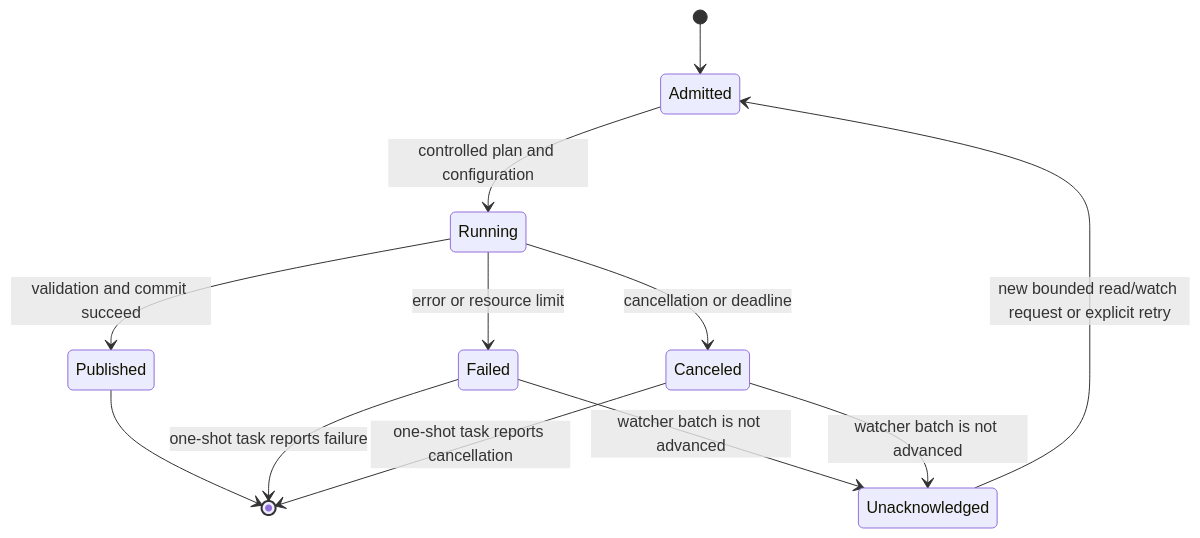
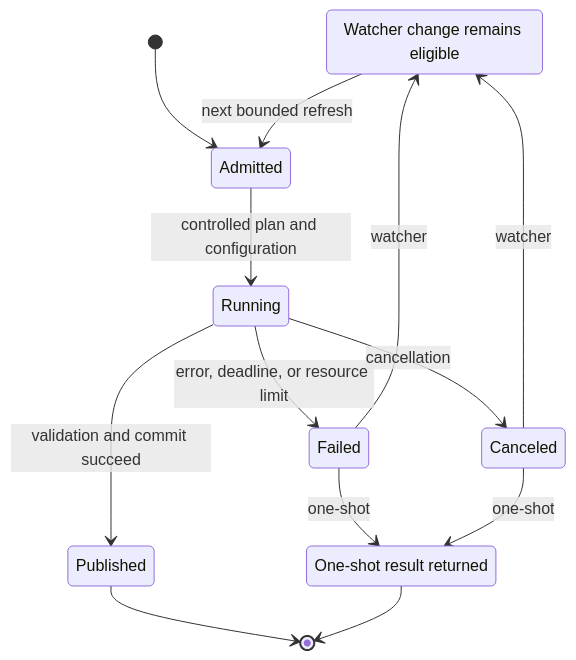
Before and after one commit to styler-ai/ProjectAtlas: the fifth of 5 diagrams in docs/projectatlas-3-architecture.md, drawn with Mermaid. The commit also changed other lines of this file and 11 other files, not shown here.

````diff
--- a/docs/projectatlas-3-architecture.md
+++ b/docs/projectatlas-3-architecture.md
@@ -333,14 +333,17 @@
 ```mermaid
 stateDiagram-v2
+    state "Watcher change remains eligible" as Unacknowledged
+    state "One-shot result returned" as Reported
     [*] --> Admitted
     Admitted --> Running: controlled plan and configuration
     Running --> Published: validation and commit succeed
-    Running --> Failed: error or resource limit
-    Running --> Canceled: cancellation or deadline
-    Failed --> Unacknowledged: watcher batch is not advanced
-    Canceled --> Unacknowledged: watcher batch is not advanced
-    Unacknowledged --> Admitted: new bounded read/watch request or explicit retry
+    Running --> Failed: error, deadline, or resource limit
+    Running --> Canceled: cancellation
+    Failed --> Unacknowledged: watcher
+    Canceled --> Unacknowledged: watcher
+    Unacknowledged --> Admitted: next bounded refresh
     Published --> [*]
-    Failed --> [*]: one-shot task reports failure
-    Canceled --> [*]: one-shot task reports cancellation
+    Failed --> Reported: one-shot
+    Canceled --> Reported: one-shot
+    Reported --> [*]
 ```
````
